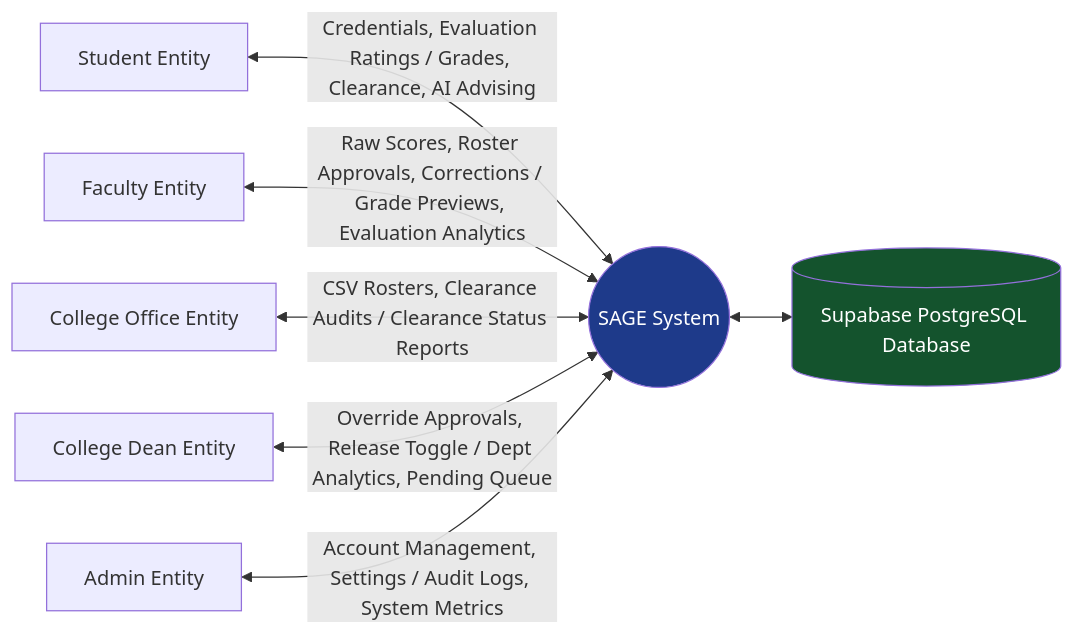
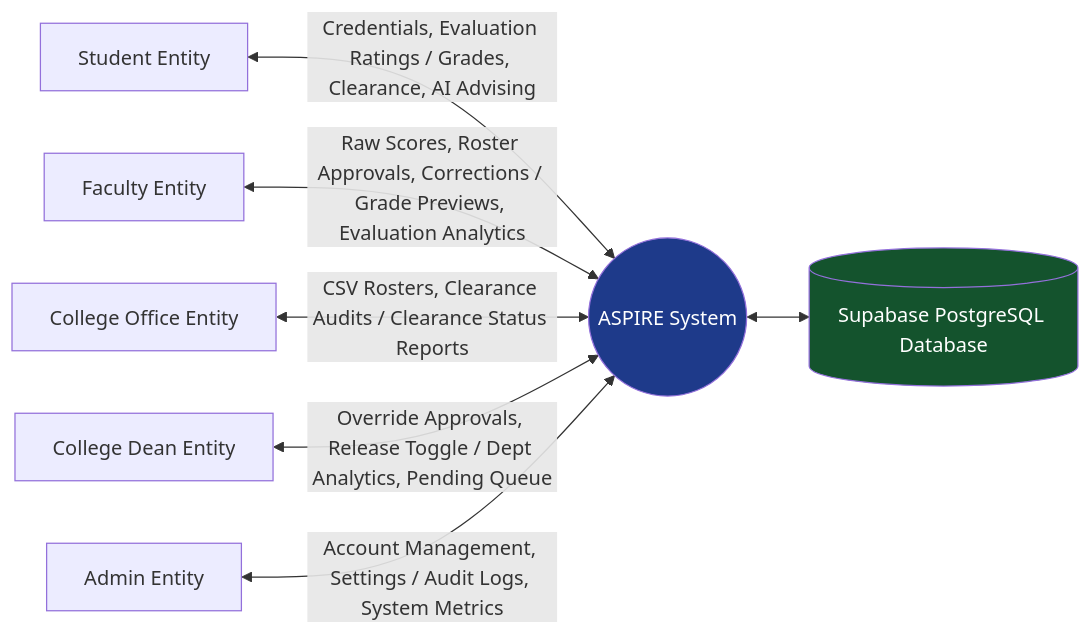
The tenth of 18 diagrams in docs/references/Chapter12_Text_Updated.md (kurarensu16/sage), drawn with Mermaid before and after one commit. The commit also changed other lines of this file and 96 other files, not shown here.

Commit message:
feat: complete ASPIRE system updates

````diff
--- a/docs/references/Chapter12_Text_Updated.md
+++ b/docs/references/Chapter12_Text_Updated.md
@@ -752,12 +752,12 @@
 ```mermaid
 graph LR
-    ST["Student Entity"] <-->|"Credentials, Evaluation Ratings / Grades, Clearance, AI Advising"| SAGE(("SAGE System"))
-    FC["Faculty Entity"] <-->|"Raw Scores, Roster Approvals, Corrections / Grade Previews, Evaluation Analytics"| SAGE
-    CO["College Office Entity"] <-->|"CSV Rosters, Clearance Audits / Clearance Status Reports"| SAGE
-    DN["College Dean Entity"] <-->|"Override Approvals, Release Toggle / Dept Analytics, Pending Queue"| SAGE
-    AD["Admin Entity"] <-->|"Account Management, Settings / Audit Logs, System Metrics"| SAGE
-    SAGE <--> DB[("Supabase PostgreSQL Database")]
+    ST["Student Entity"] <-->|"Credentials, Evaluation Ratings / Grades, Clearance, AI Advising"| ASPIRE(("ASPIRE System"))
+    FC["Faculty Entity"] <-->|"Raw Scores, Roster Approvals, Corrections / Grade Previews, Evaluation Analytics"| ASPIRE
+    CO["College Office Entity"] <-->|"CSV Rosters, Clearance Audits / Clearance Status Reports"| ASPIRE
+    DN["College Dean Entity"] <-->|"Override Approvals, Release Toggle / Dept Analytics, Pending Queue"| ASPIRE
+    AD["Admin Entity"] <-->|"Account Management, Settings / Audit Logs, System Metrics"| ASPIRE
+    ASPIRE <--> DB[("Supabase PostgreSQL Database")]
 
-    style SAGE fill:#1e3a8a,color:#fff
+    style ASPIRE fill:#1e3a8a,color:#fff
     style DB fill:#14532d,color:#fff
 ```
````
